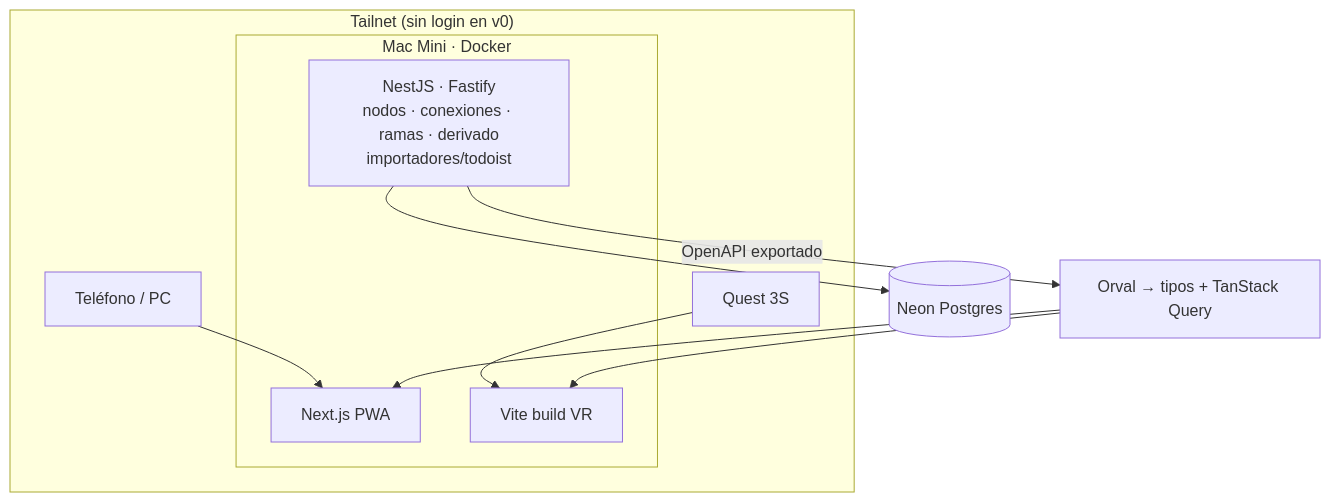
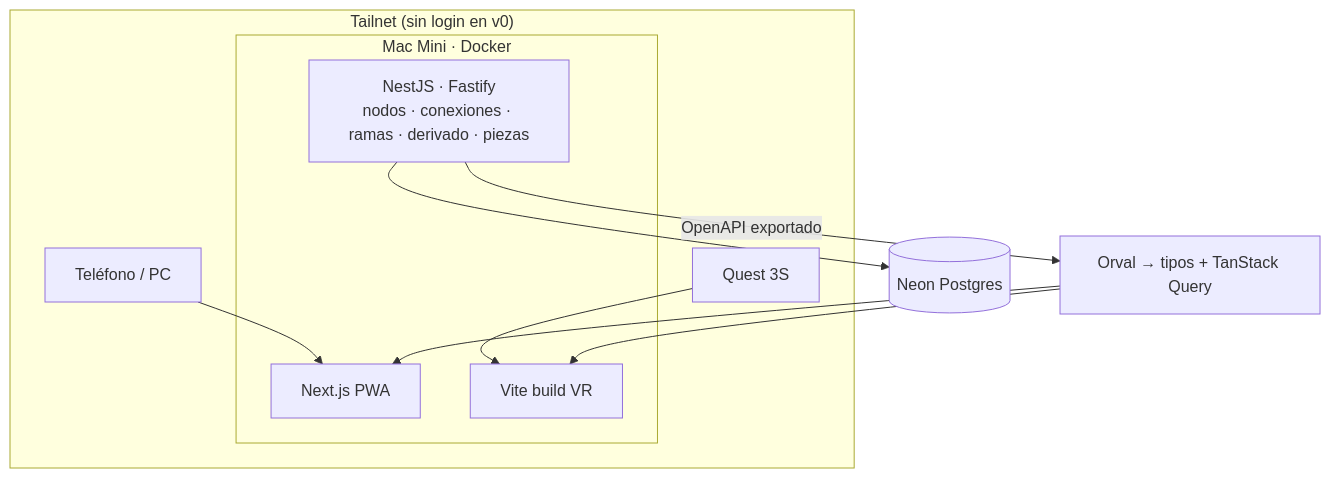
Before and after one commit to Freddymhs/grafo-tareas: the second of 2 diagrams in docs/diagrams/DIAGRAMAS_COMPONENTES.md, drawn with Mermaid. The commit also changed other lines of this file and 10 other files, not shown here.

````diff
--- a/docs/diagrams/DIAGRAMAS_COMPONENTES.md
+++ b/docs/diagrams/DIAGRAMAS_COMPONENTES.md
@@ -21,16 +20,16 @@
 ```mermaid
 flowchart TB
   subgraph Tailscale["Tailnet (sin login en v0)"]
     subgraph MacMini["Mac Mini · Docker"]
-      API[NestJS · Fastify<br/>nodos · conexiones · ramas · derivado<br/>importadores/todoist]
+      API[NestJS · Fastify<br/>nodos · conexiones · ramas · derivado · piezas]
       WEBS[Next.js PWA]
       VRS[Vite build VR]
     end
     Q[Quest 3S] --> VRS
     T[Teléfono / PC] --> WEBS
   end
   API --> NEON[(Neon Postgres)]
   API -->|OpenAPI exportado| ORV[Orval → tipos + TanStack Query]
   ORV --> WEBS
   ORV --> VRS
 ```
````
